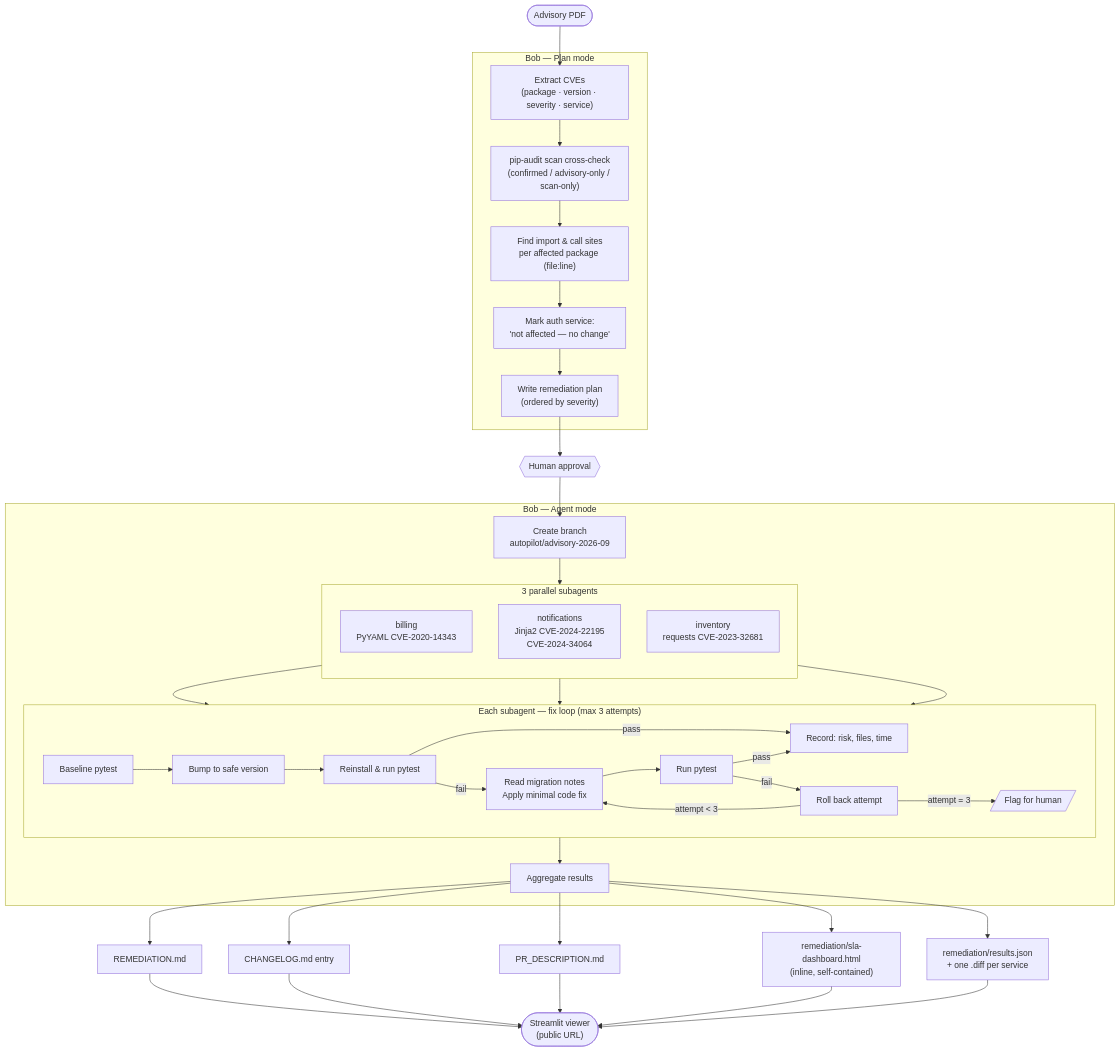
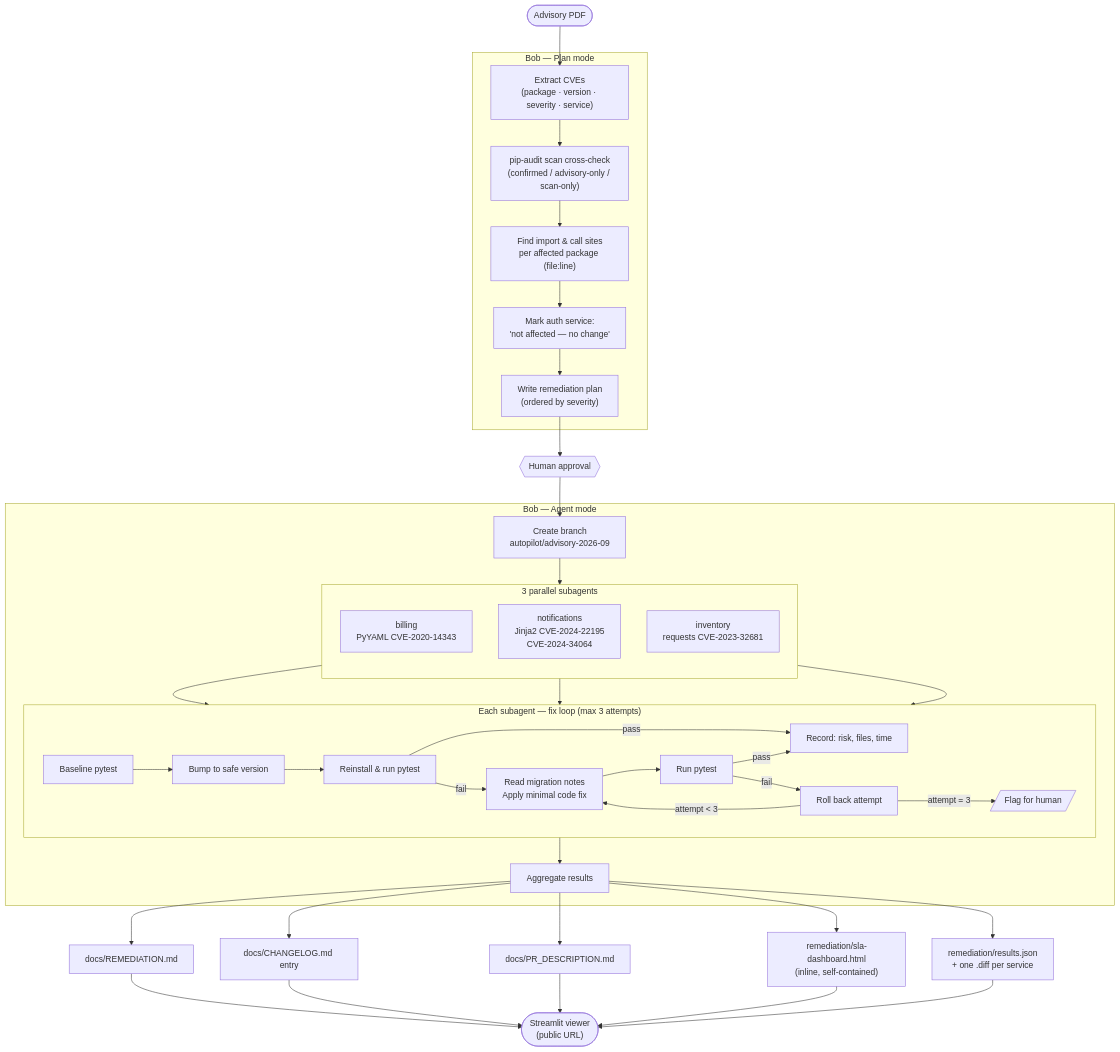
Before and after one commit to Pafras/CVEAutopilot: the diagram in docs/architecture.md, drawn with Mermaid. The commit also changed 17 other files, not shown here.

````diff
--- a/docs/architecture.md
+++ b/docs/architecture.md
@@ -3,52 +3,52 @@
 ```mermaid
 flowchart TD
     A([Advisory PDF]) --> B
 
     subgraph PLAN ["Bob — Plan mode"]
         B["Extract CVEs<br>(package · version · severity · service)"]
         B --> C["pip-audit scan cross-check<br>(confirmed / advisory-only / scan-only)"]
         C --> D["Find import & call sites<br>per affected package (file:line)"]
         D --> E["Mark auth service:<br>'not affected — no change'"]
         E --> F["Write remediation plan<br>(ordered by severity)"]
     end
 
     F --> G{{"Human approval"}}
     G --> H
 
     subgraph AGENT ["Bob — Agent mode"]
         H["Create branch<br>autopilot/advisory-2026-09"]
         H --> PAR
 
         subgraph PAR ["3 parallel subagents"]
             direction TB
             S1["billing<br>PyYAML CVE-2020-14343"]
             S2["notifications<br>Jinja2 CVE-2024-22195<br>CVE-2024-34064"]
             S3["inventory<br>requests CVE-2023-32681"]
         end
 
         S1 & S2 & S3 --> LOOP
 
         subgraph LOOP ["Each subagent — fix loop (max 3 attempts)"]
             direction LR
             L1["Baseline pytest"] --> L2["Bump to safe version"]
             L2 --> L3["Reinstall & run pytest"]
             L3 -- pass --> L4["Record: risk, files, time"]
             L3 -- fail --> L5["Read migration notes<br>Apply minimal code fix"]
             L5 --> L6["Run pytest"]
             L6 -- pass --> L4
             L6 -- fail --> L7["Roll back attempt"]
             L7 -- "attempt < 3" --> L5
             L7 -- "attempt = 3" --> L8[/"Flag for human"/]
         end
 
         L4 --> AGG["Aggregate results"]
     end
 
-    AGG --> OUT1["REMEDIATION.md"]
-    AGG --> OUT2["CHANGELOG.md entry"]
-    AGG --> OUT3["PR_DESCRIPTION.md"]
+    AGG --> OUT1["docs/REMEDIATION.md"]
+    AGG --> OUT2["docs/CHANGELOG.md entry"]
+    AGG --> OUT3["docs/PR_DESCRIPTION.md"]
     AGG --> OUT4["remediation/sla-dashboard.html<br>(inline, self-contained)"]
     AGG --> OUT5["remediation/results.json<br>+ one .diff per service"]
 
     OUT1 & OUT2 & OUT3 & OUT4 & OUT5 --> ST(["Streamlit viewer<br>(public URL)"])
 ```
````
